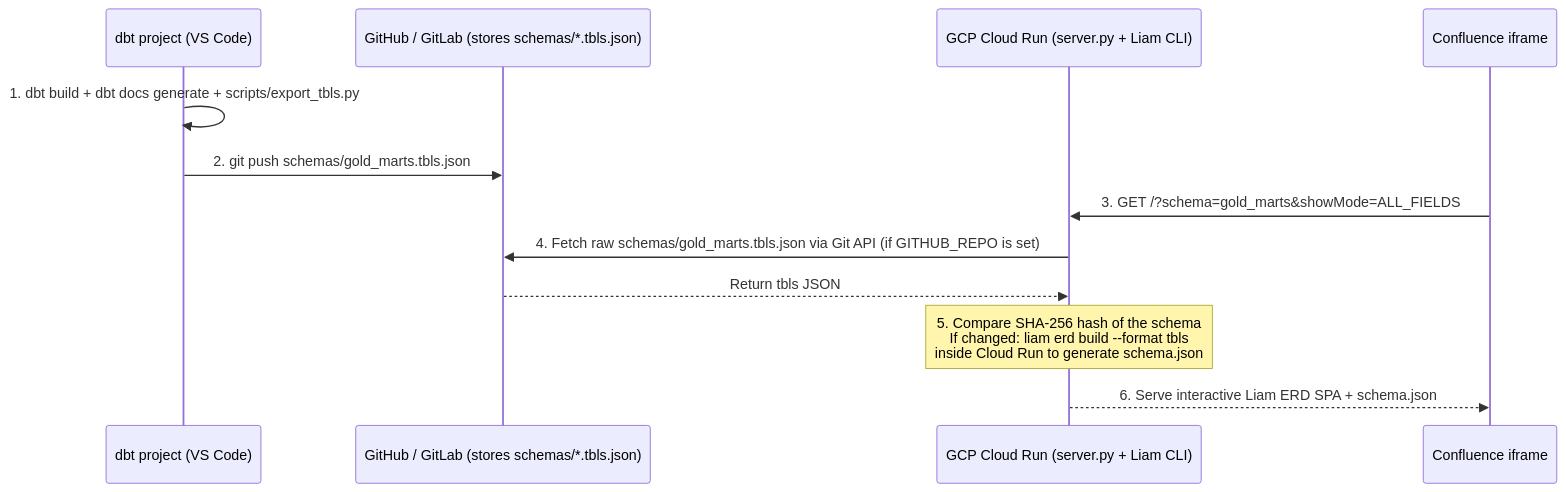
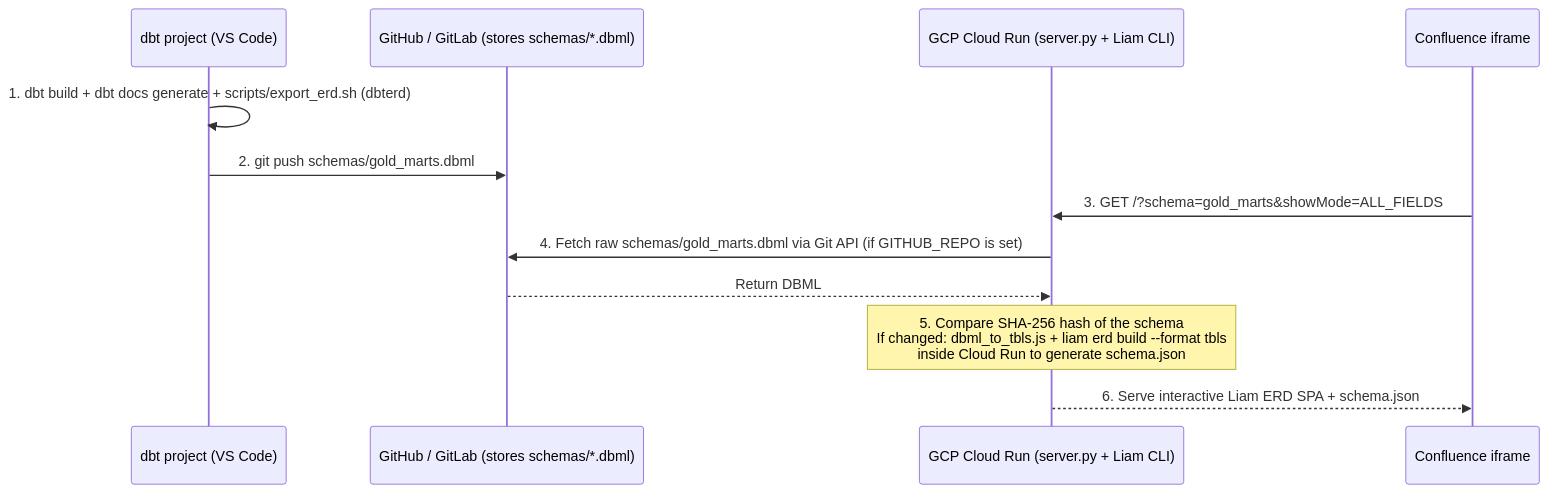
Before and after one commit to OrestOhorodnyk/db_visualisation: the diagram in README.md, drawn with Mermaid. The commit also changed other lines of this file and 21 other files, not shown here.

Commit message:
added dbt to erd

````diff
--- a/README.md
+++ b/README.md
@@ -5,15 +5,15 @@
 ```mermaid
 sequenceDiagram
     participant Dev as dbt project (VS Code)
-    participant Git as GitHub / GitLab (stores schemas/*.tbls.json)
+    participant Git as GitHub / GitLab (stores schemas/*.dbml)
     participant GCR as GCP Cloud Run (server.py + Liam CLI)
     participant Conf as Confluence iframe
 
-    Dev->>Dev: 1. dbt build + dbt docs generate + scripts/export_tbls.py
-    Dev->>Git: 2. git push schemas/gold_marts.tbls.json
+    Dev->>Dev: 1. dbt build + dbt docs generate + scripts/export_erd.sh (dbterd)
+    Dev->>Git: 2. git push schemas/gold_marts.dbml
     Conf->>GCR: 3. GET /?schema=gold_marts&showMode=ALL_FIELDS
-    GCR->>Git: 4. Fetch raw schemas/gold_marts.tbls.json via Git API (if GITHUB_REPO is set)
-    Git-->>GCR: Return tbls JSON
-    Note over GCR: 5. Compare SHA-256 hash of the schema<br/>If changed: liam erd build --format tbls<br/>inside Cloud Run to generate schema.json
+    GCR->>Git: 4. Fetch raw schemas/gold_marts.dbml via Git API (if GITHUB_REPO is set)
+    Git-->>GCR: Return DBML
+    Note over GCR: 5. Compare SHA-256 hash of the schema<br/>If changed: dbml_to_tbls.js + liam erd build --format tbls<br/>inside Cloud Run to generate schema.json
     GCR-->>Conf: 6. Serve interactive Liam ERD SPA + schema.json
 ```
````
